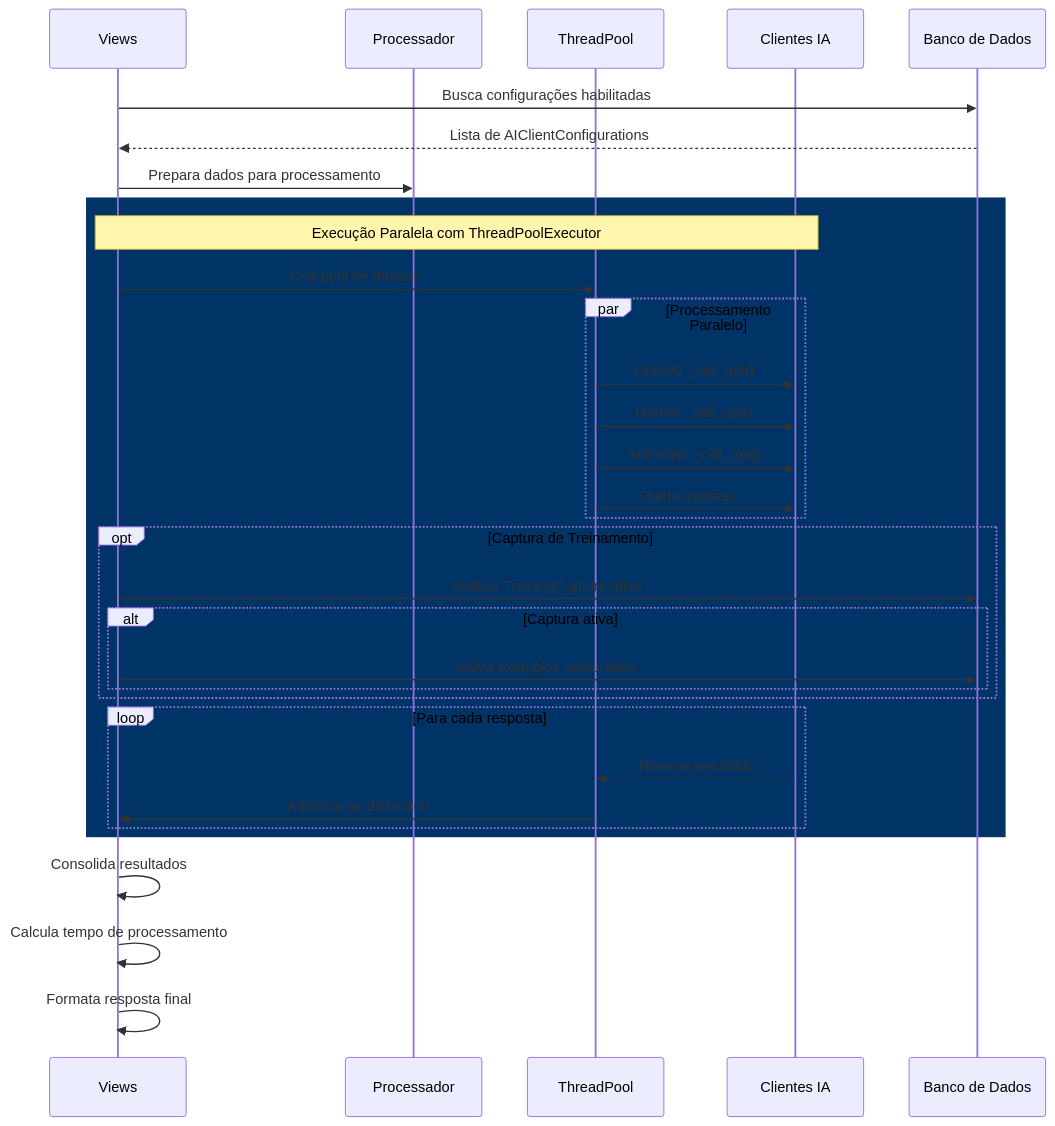
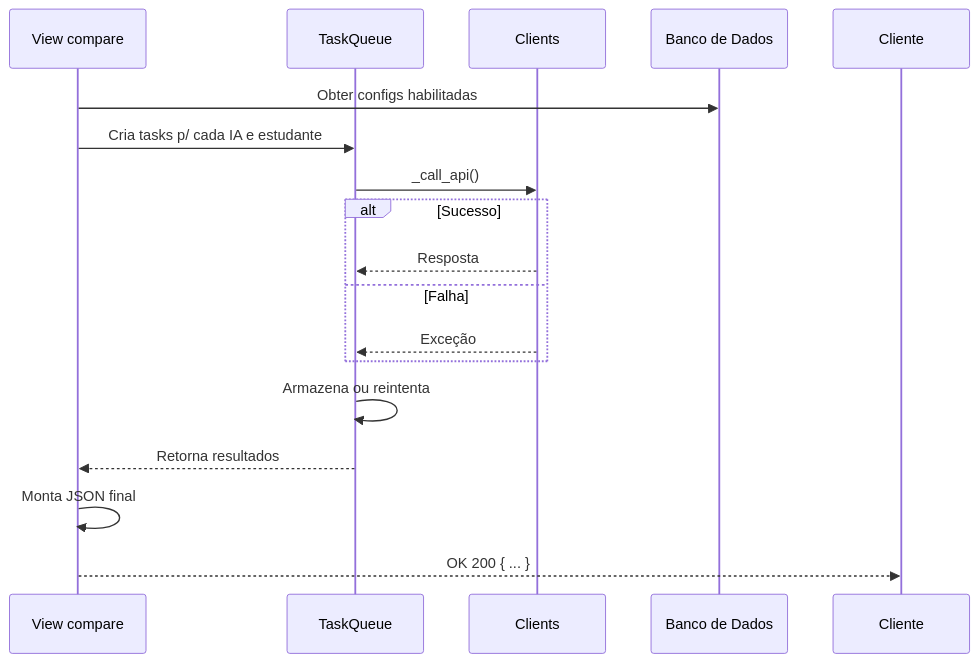
Diagram 18 of 33 in README.md (diegogrosmann/EnsinaNet.AI), drawn with Mermaid before and after one commit. The commit also changed other lines of this file and 52 other files, not shown here.

Commit message:
Remove arquivos desnecessários e adiciona novos módulos; implementa sinais para a API e atualiza exceções personalizadas.

````diff
--- a/README.md
+++ b/README.md
@@ -1057,41 +934,21 @@
 ```mermaid
 sequenceDiagram
-    participant V as Views
-    participant P as Processador
-    participant Pool as ThreadPool
-    participant IA as Clientes IA
+    participant V as View compare
+    participant TQ as TaskQueue
+    participant IA as Clients
     participant DB as Banco de Dados
 
-    V->>DB: Busca configurações habilitadas
-    DB-->>V: Lista de AIClientConfigurations
-    V->>P: Prepara dados para processamento
-
-    rect rgb(0, 51, 102)
-        Note over V,IA: Execução Paralela com ThreadPoolExecutor
-
-        V->>Pool: Cria pool de threads
-        
-        par Processamento Paralelo
-            Pool->>IA: OpenAI._call_api()
-            Pool->>IA: Gemini._call_api()
-            Pool->>IA: Anthropic._call_api()
-            Pool->>IA: Outros clientes...
-        end
-
-        opt Captura de Treinamento
-            V->>DB: Verifica TrainingCapture ativa
-            alt Captura ativa
-                V->>DB: Salva exemplos capturados
-            end
-        end
-
-        loop Para cada resposta
-            IA-->>Pool: Retorna resultado
-            Pool->>V: Adiciona ao dicionário
-        end
+    V->>DB: Obter configs habilitadas
+    V->>TQ: Cria tasks p/ cada IA e estudante
+    TQ->>IA: _call_api()
+    alt Sucesso
+        IA-->>TQ: Resposta
+    else Falha
+        IA-->>TQ: Exceção
     end
-
-    V->>V: Consolida resultados
-    V->>V: Calcula tempo de processamento
-    V->>V: Formata resposta final
+    
+    TQ->>TQ: Armazena ou reintenta
+    TQ-->>V: Retorna resultados
+    V->>V: Monta JSON final
+    V-->>Cliente: OK 200 { ... }
 ```
````
